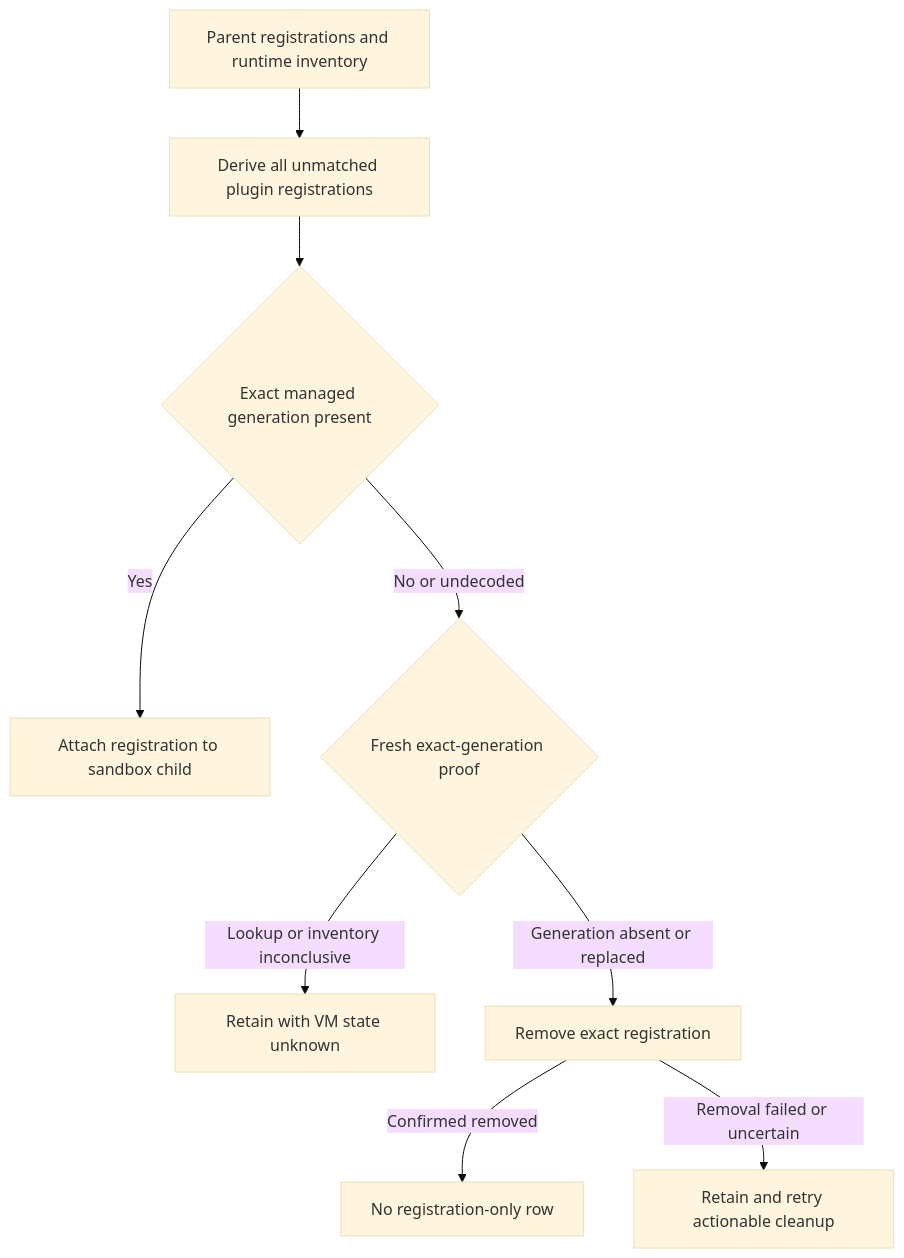
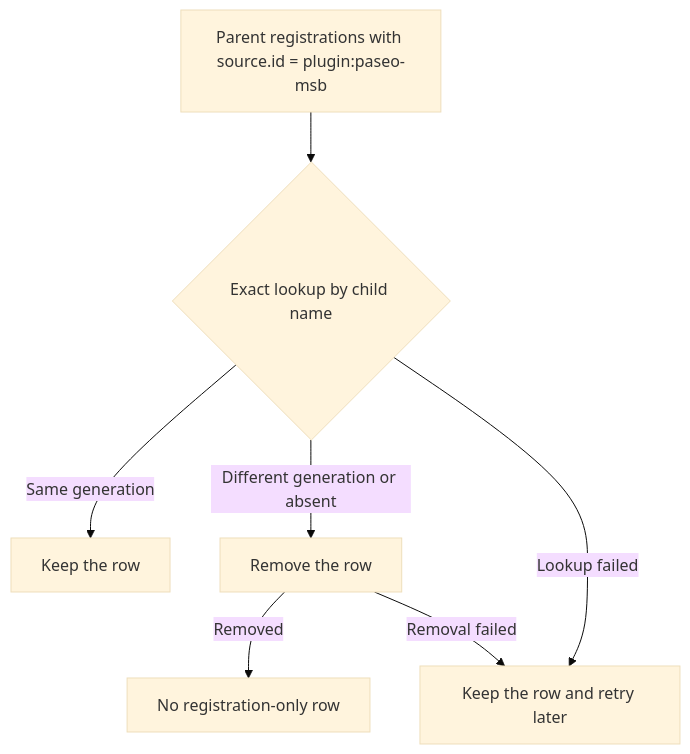
Before and after one commit to matej-douro/paseo-msb: the second of 2 diagrams in DESIGN.md, drawn with Mermaid (base theme). The commit also changed other lines of this file and 3 other files, not shown here.

````diff
--- a/DESIGN.md
+++ b/DESIGN.md
@@ -510,11 +511,9 @@
 ```mermaid
 flowchart TD
-    Sources[Parent registrations and runtime inventory] --> Candidates[Derive all unmatched plugin registrations]
-    Candidates --> Match{Exact managed generation present}
-    Match -->|Yes| Attached[Attach registration to sandbox child]
-    Match -->|No or undecoded| Proof{Fresh exact-generation proof}
-    Proof -->|Lookup or inventory inconclusive| Unknown[Retain with VM state unknown]
-    Proof -->|Generation absent or replaced| Remove[Remove exact registration]
-    Remove -->|Confirmed removed| Gone[No registration-only row]
-    Remove -->|Removal failed or uncertain| Actionable[Retain and retry actionable cleanup]
+    Rows[Parent registrations with source.id = plugin:paseo-msb] --> Lookup{Exact lookup by child name}
+    Lookup -->|Same generation| Keep[Keep the row]
+    Lookup -->|Different generation or absent| Remove[Remove the row]
+    Lookup -->|Lookup failed| Retry[Keep the row and retry later]
+    Remove -->|Removed| Gone[No registration-only row]
+    Remove -->|Removal failed| Retry
 ```
````
